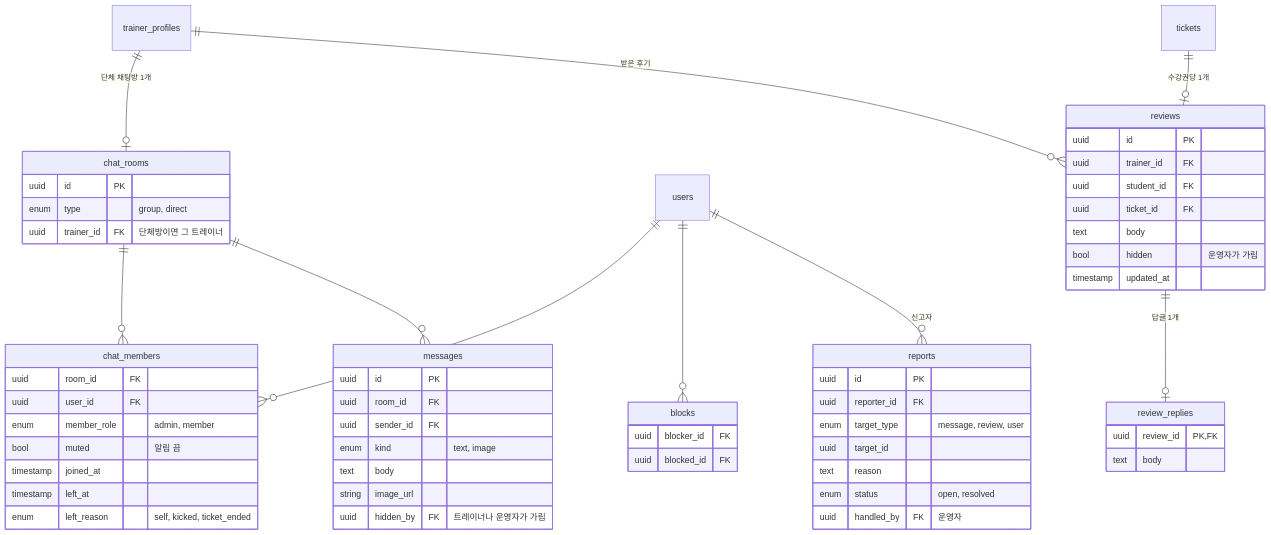
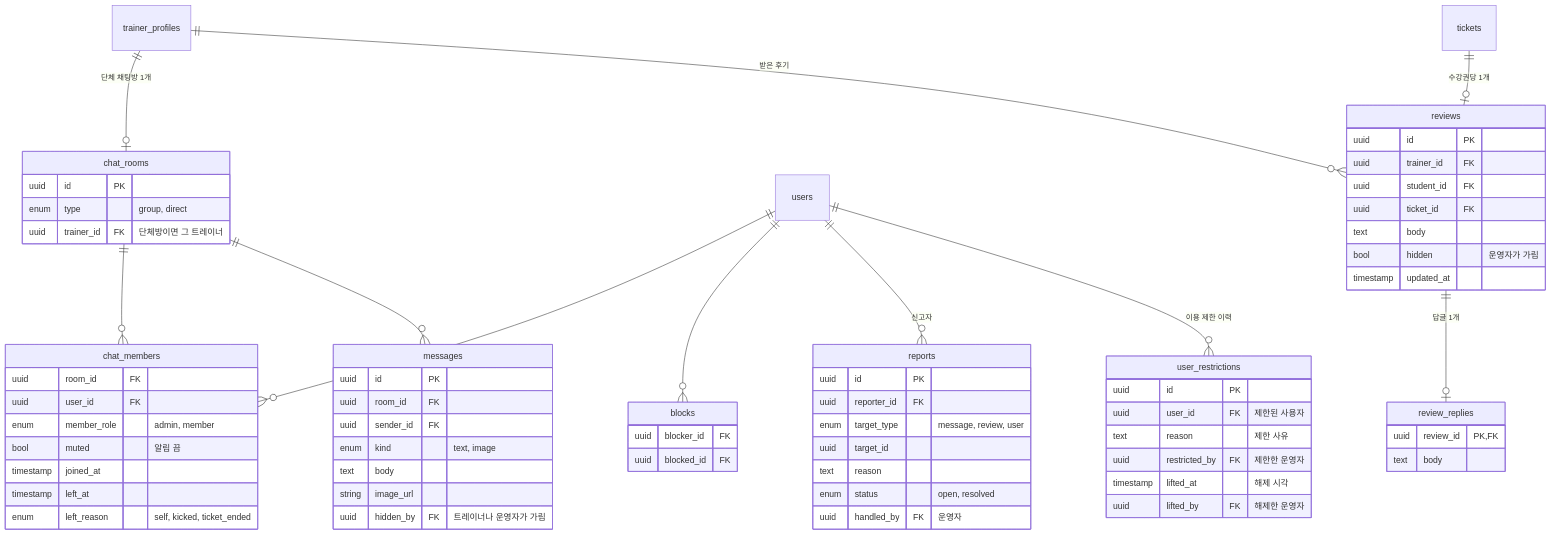
Before and after one commit to Yun-Jehyeok/vocals: the sixth of 7 diagrams in docs/erd.md, drawn with Mermaid. The commit also changed other lines of this file and 2 other files, not shown here.

First line of the commit message:
docs: #45 사용자 이용 제한(ADM-04) 결정 로그·erd·prd 반영

````diff
--- a/docs/erd.md
+++ b/docs/erd.md
@@ -455,62 +456,71 @@
 ```mermaid
 erDiagram
     chat_rooms ||--o{ chat_members : ""
     users ||--o{ chat_members : ""
     chat_rooms ||--o{ messages : ""
     trainer_profiles ||--o| chat_rooms : "단체 채팅방 1개"
     trainer_profiles ||--o{ reviews : "받은 후기"
     tickets ||--o| reviews : "수강권당 1개"
     reviews ||--o| review_replies : "답글 1개"
     users ||--o{ blocks : ""
     users ||--o{ reports : "신고자"
+    users ||--o{ user_restrictions : "이용 제한 이력"
 
     chat_rooms {
         uuid id PK
         enum type "group, direct"
         uuid trainer_id FK "단체방이면 그 트레이너"
     }
     chat_members {
         uuid room_id FK
         uuid user_id FK
         enum member_role "admin, member"
         bool muted "알림 끔"
         timestamp joined_at
         timestamp left_at
         enum left_reason "self, kicked, ticket_ended"
     }
     messages {
         uuid id PK
         uuid room_id FK
         uuid sender_id FK
         enum kind "text, image"
         text body
         string image_url
         uuid hidden_by FK "트레이너나 운영자가 가림"
     }
     reviews {
         uuid id PK
         uuid trainer_id FK
         uuid student_id FK
         uuid ticket_id FK
         text body
         bool hidden "운영자가 가림"
         timestamp updated_at
     }
     review_replies {
         uuid review_id PK, FK
         text body
     }
     blocks {
         uuid blocker_id FK
         uuid blocked_id FK
     }
     reports {
         uuid id PK
         uuid reporter_id FK
         enum target_type "message, review, user"
         uuid target_id
         text reason
         enum status "open, resolved"
         uuid handled_by FK "운영자"
     }
+    user_restrictions {
+        uuid id PK
+        uuid user_id FK "제한된 사용자"
+        text reason "제한 사유"
+        uuid restricted_by FK "제한한 운영자"
+        timestamp lifted_at "해제 시각"
+        uuid lifted_by FK "해제한 운영자"
+    }
 ```
````
